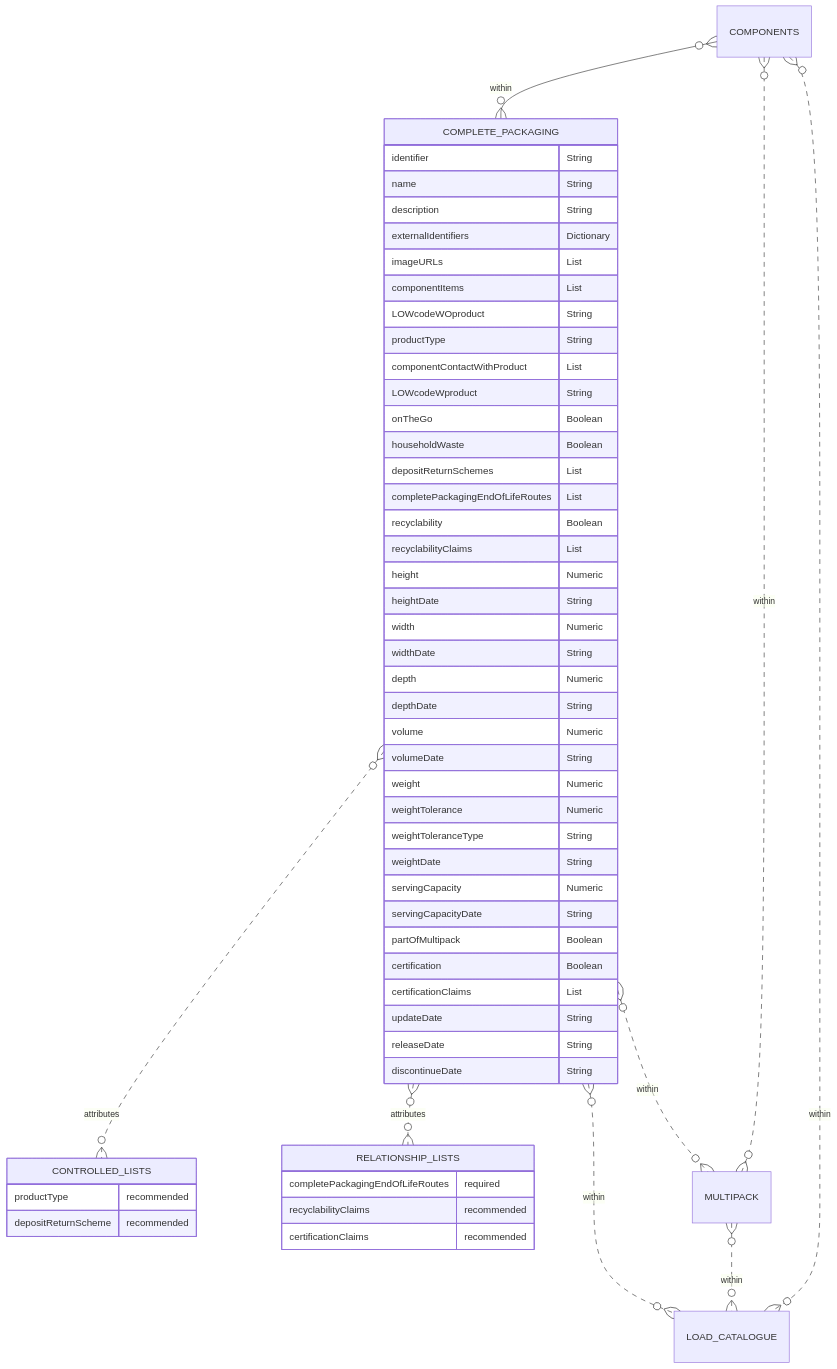
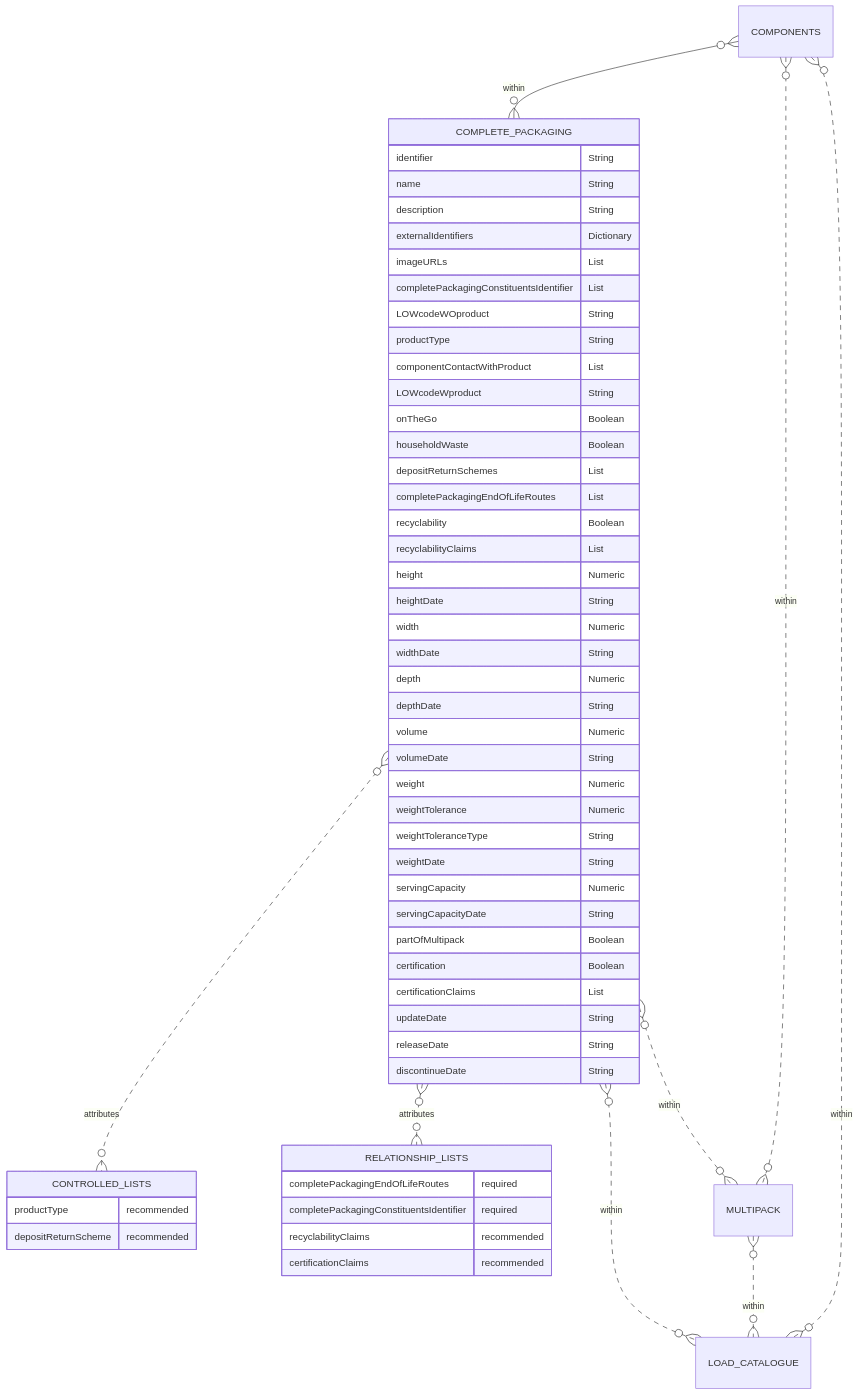
The diagram in docs/3_Data_Specification/3_4_Complete_Packaging.md (OpenDataManchester/Open3P), drawn with Mermaid before and after one commit. The commit also changed other lines of this file and 12 other files, not shown here.

````diff
--- a/docs/3_Data_Specification/3_4_Complete_Packaging.md
+++ b/docs/3_Data_Specification/3_4_Complete_Packaging.md
@@ -52,58 +52,59 @@
 ``` mermaid
 erDiagram
 COMPONENTS }o--o{ COMPLETE_PACKAGING : within
   COMPLETE_PACKAGING {
     identifier String
     name String
     description String
     externalIdentifiers Dictionary
     imageURLs List
-    componentItems List
+    completePackagingConstituentsIdentifier List
     LOWcodeWOproduct String
     productType String
     componentContactWithProduct List
     LOWcodeWproduct String
     onTheGo Boolean
     householdWaste Boolean
     depositReturnSchemes List
     completePackagingEndOfLifeRoutes List
     recyclability Boolean
     recyclabilityClaims List
     height Numeric
     heightDate String
     width Numeric
     widthDate String
     depth Numeric
     depthDate String
     volume Numeric
     volumeDate String
     weight Numeric
     weightTolerance Numeric
     weightToleranceType String
     weightDate String
     servingCapacity Numeric
     servingCapacityDate String
     partOfMultipack Boolean
     certification Boolean
     certificationClaims List
     updateDate String
     releaseDate String
     discontinueDate String
   }
   COMPLETE_PACKAGING }o..o{ CONTROLLED_LISTS : attributes
   COMPLETE_PACKAGING }O..O{ RELATIONSHIP_LISTS : attributes
   COMPLETE_PACKAGING }o..o{ MULTIPACK : within
   COMPONENTS }o..o{ MULTIPACK : within
   COMPLETE_PACKAGING }o..o{ LOAD_CATALOGUE : within
   MULTIPACK }o..o{ LOAD_CATALOGUE : within
   COMPONENTS }o..o{ LOAD_CATALOGUE : within
       CONTROLLED_LISTS {
       productType recommended
       depositReturnScheme recommended
     }
     RELATIONSHIP_LISTS {
       completePackagingEndOfLifeRoutes required
+      completePackagingConstituentsIdentifier required
       recyclabilityClaims recommended
       certificationClaims recommended
     }
 ```
````
